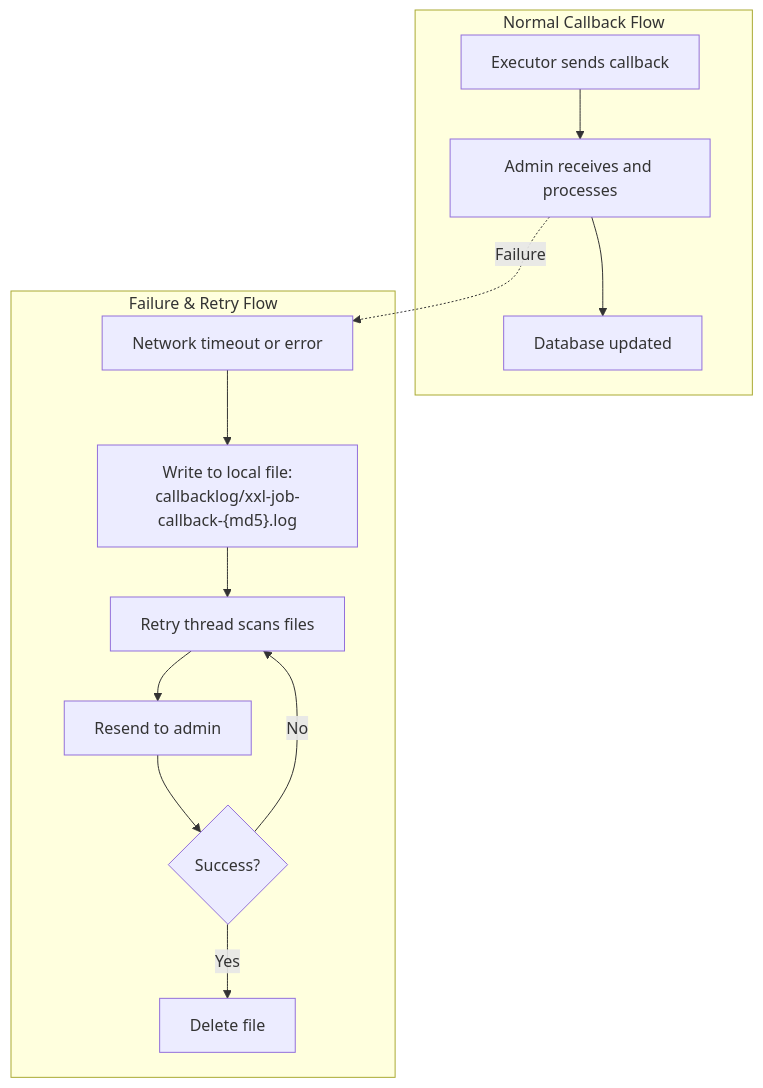
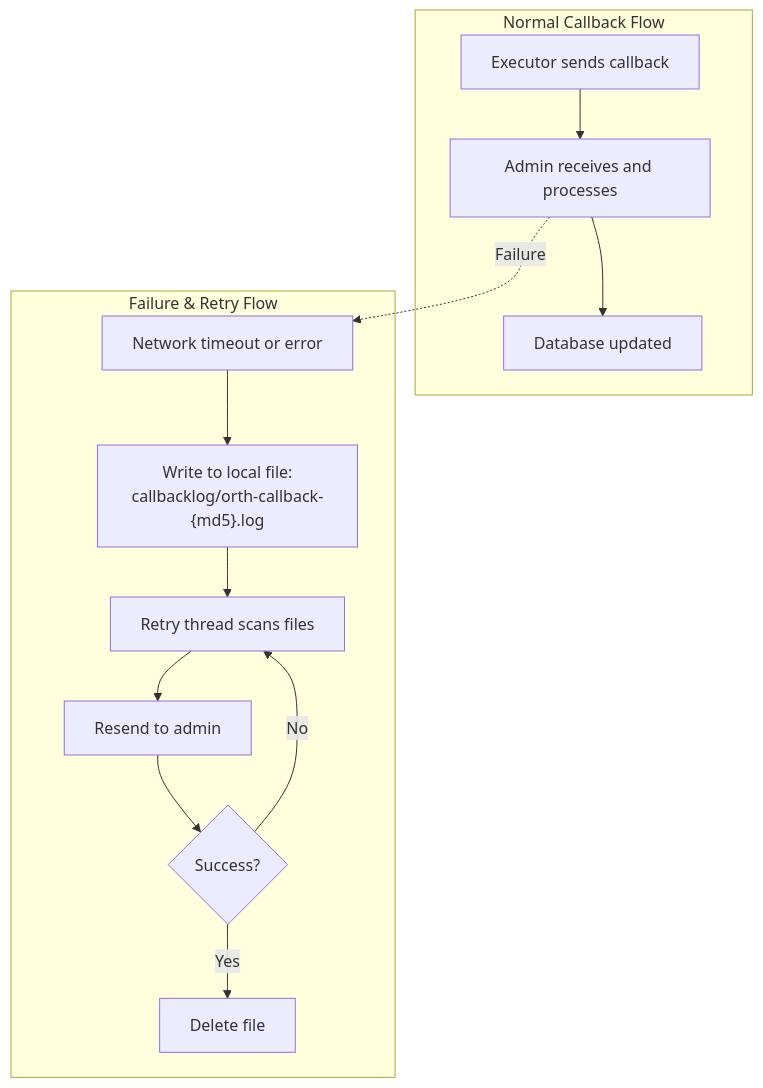
One commit to zombie12138/orth changed the seventh of 8 diagrams in arch/05-log-management.md. Above: the diagram before and after it, drawn with Mermaid. The commit also changed 576 other files, not shown here.

First line of the commit message:
refactor: rename xxl-job → orth across entire project

````diff
--- a/arch/05-log-management.md
+++ b/arch/05-log-management.md
@@ -188,24 +188,24 @@
 ```mermaid
 flowchart TD
     subgraph NormalFlow["Normal Callback Flow"]
         CB1["Executor sends callback"]
         CB2["Admin receives and processes"]
         CB3["Database updated"]
     end
     
     subgraph RetryFlow["Failure & Retry Flow"]
         F1["Network timeout or error"]
-        F2["Write to local file:<br/>callbacklog/xxl-job-callback-{md5}.log"]
+        F2["Write to local file:<br/>callbacklog/orth-callback-{md5}.log"]
         F3["Retry thread scans files"]
         F4["Resend to admin"]
         F5{Success?}
         F6["Delete file"]
         
         F1 --> F2 --> F3 --> F4 --> F5
         F5 -->|Yes| F6
         F5 -->|No| F3
     end
     
     CB1 --> CB2 --> CB3
     CB2 -.->|Failure| F1
 ```
````
